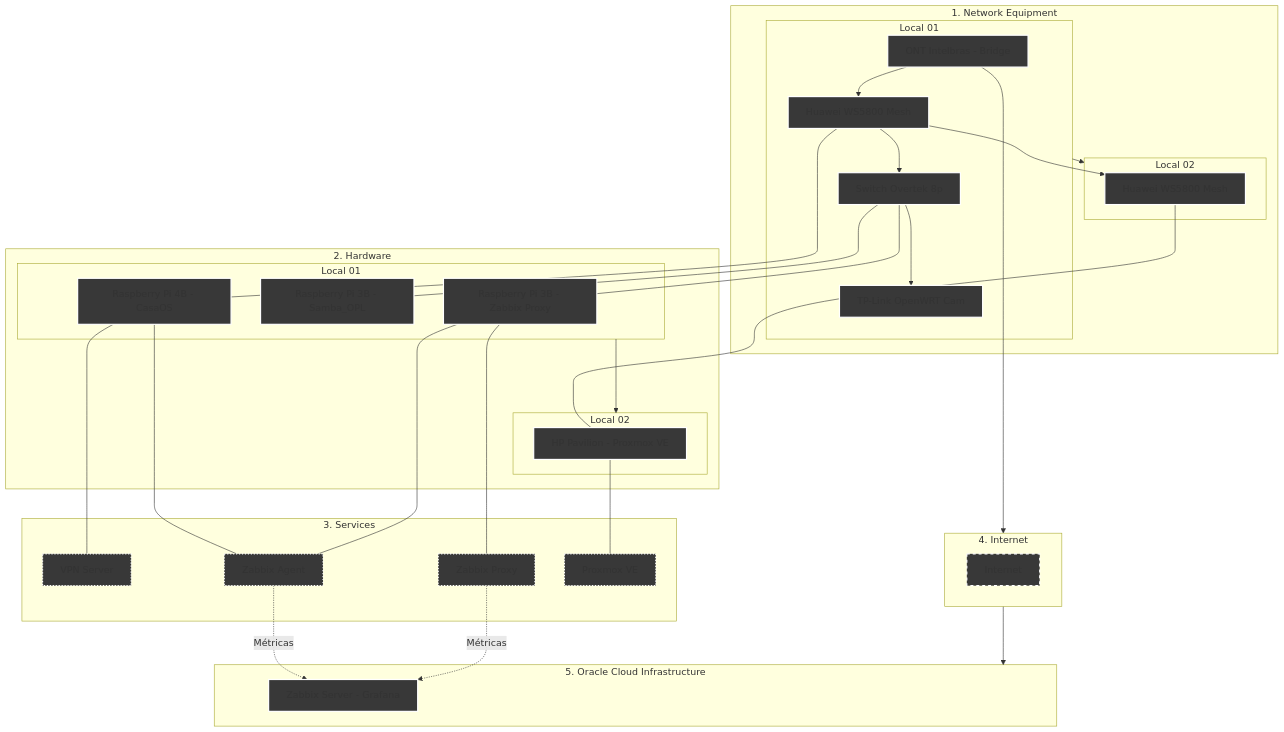
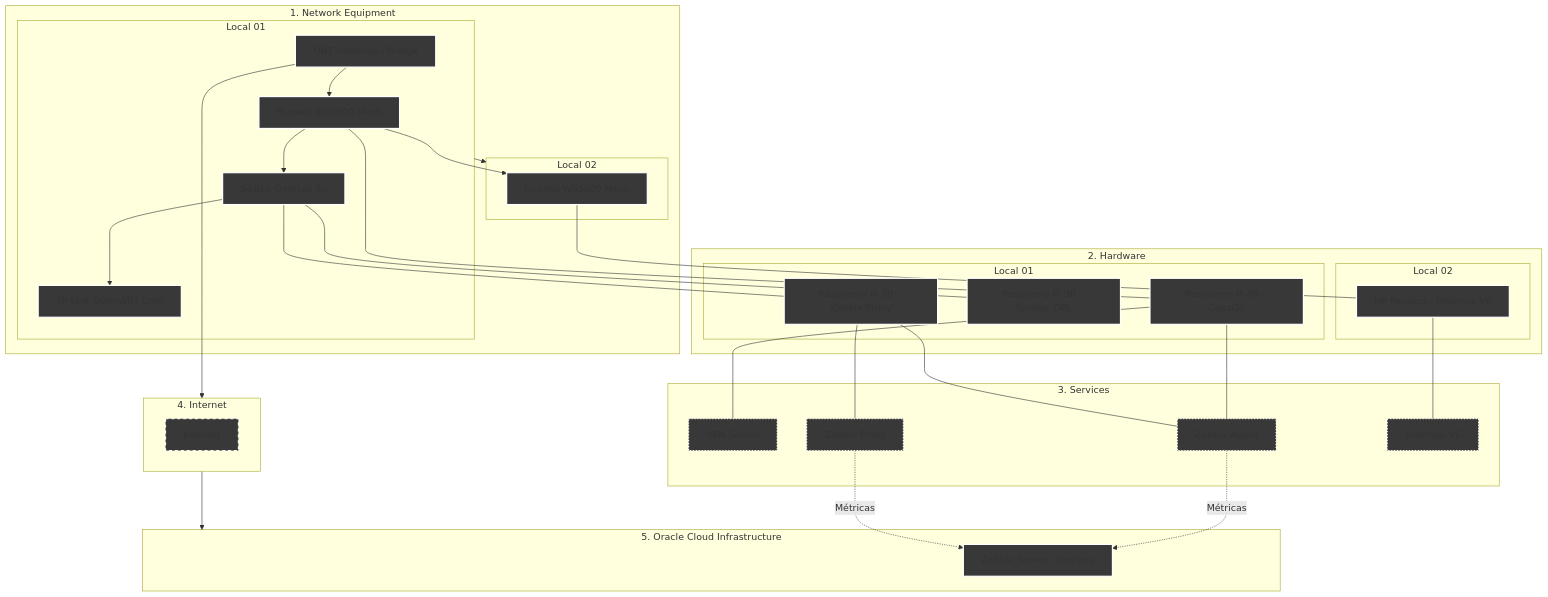
The diagram in Infraestructure/README.md (kevindexter22/Dr-Hardware-Autonet), drawn with Mermaid before and after one commit.

````diff
--- a/Infraestructure/README.md
+++ b/Infraestructure/README.md
@@ -13,63 +13,62 @@
 ```mermaid
 graph TD
     %% Styles
     classDef network fill:#383838,stroke:#FFFFFF,stroke-width:2px;
     classDef hardware fill:#383838,stroke:#FFFFFF,stroke-width:2px;
     classDef internet fill:#383838,stroke:#FFFFFF,stroke-width:2px,stroke-dasharray: 5 5;
     classDef services fill:#383838,stroke:#FFFFFF,stroke-width:2px, stroke-dasharray: 2 3;
     classDef oci fill:#383838,stroke:#FFFFFF,stroke-width:2px;
 
     %% 1. NETWORK EQUIPMENT
     subgraph Principal["1. Network Equipment"]
     subgraph S1 [Local 01]
         ONT[ONT Intelbras - Bridge]:::network --> R_Mesh1[Huawei WS5800 Mesh]:::network
         R_Mesh1 --> SW1[Switch Overtek 8p]:::network
         SW1 --> R_Cams[TP-Link OpenWRT Cam]:::network    
     end
     subgraph S2 [Local 02]
         R_Mesh1 --> R_Mesh2[Huawei WS5800 Mesh]:::network
     end
     S1 --> S2
     end
     
     %% 2. HARDWARE
     subgraph Principal02["2. Hardware"]
     subgraph S3 [Local 01]
         R_Mesh1 --- RPi4B[Raspberry Pi 4B - CasaOS]:::hardware
         SW1 --- RPi3B_1[Raspberry Pi 3B - Samba_OPL]:::hardware
         SW1 --- RPi3B_2[Raspberry Pi 3B - Zabbix Proxy]:::hardware
     end
     subgraph S4 [Local 02]
         R_Mesh2 --- HP[HP Pavilion - Proxmox VE]:::hardware
     end
-    S3 ---> S4
     end
 
     %% 3. SERVICES     
     subgraph S5 [3. Services];
         RPi4B --- VPN[VPN Server]:::services
         RPi4B --- ZA[Zabbix Agent]:::services
         RPi3B_2 --- ZA[Zabbix Agent]:::services
         RPi3B_2 --- ZP[Zabbix Proxy]:::services
         HP --- PVE[Proxmox VE]:::services        
     end
 
     %% 4. Internet (The Bridge)
     subgraph S6 [4. Internet]
            internet[Internet]:::internet
     end
 
     %% 5. Oracle Cloud Infrastructure
     subgraph S7 [5. Oracle Cloud Infrastructure]
         ZS[Zabbix Server - Grafana]:::oci
     end
 
     %% Conections of data flow
     ONT --> S6
     S6 --> S7
     
     %% Logical conections
     ZA -.-> |Métricas| ZS
     ZP -.-> |Métricas| ZS 
 
 ```
````
